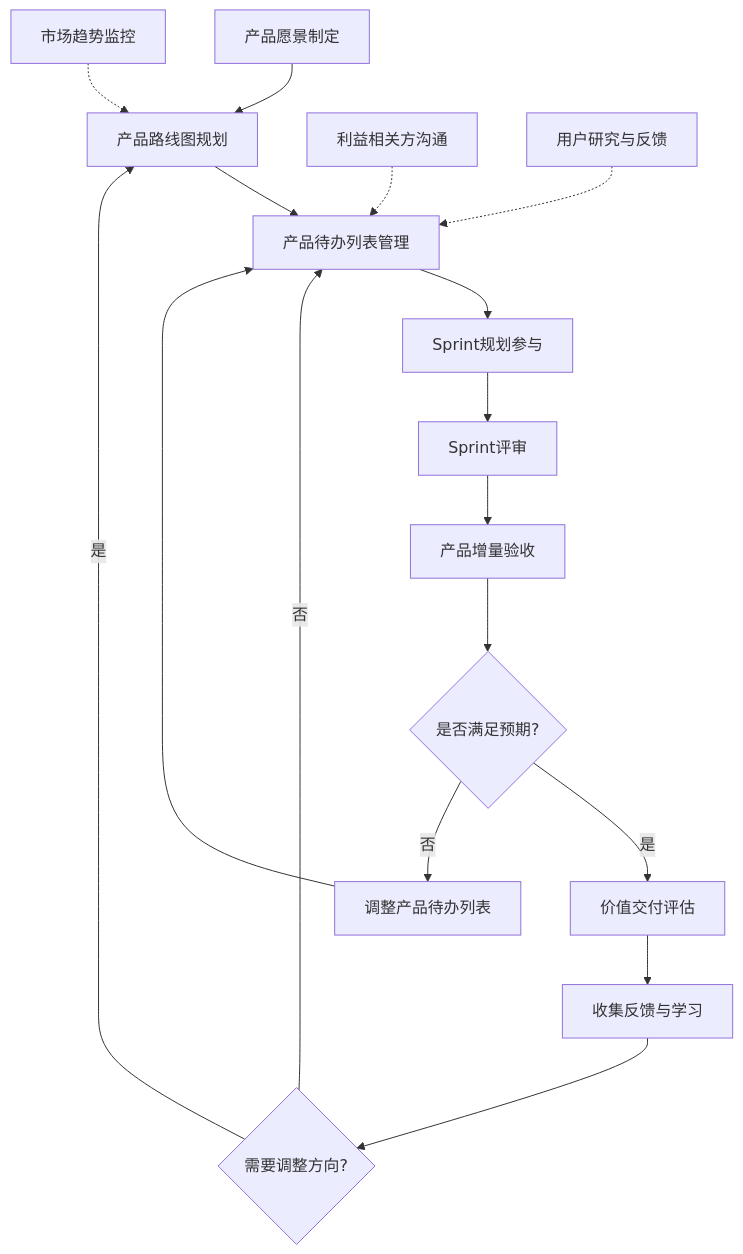
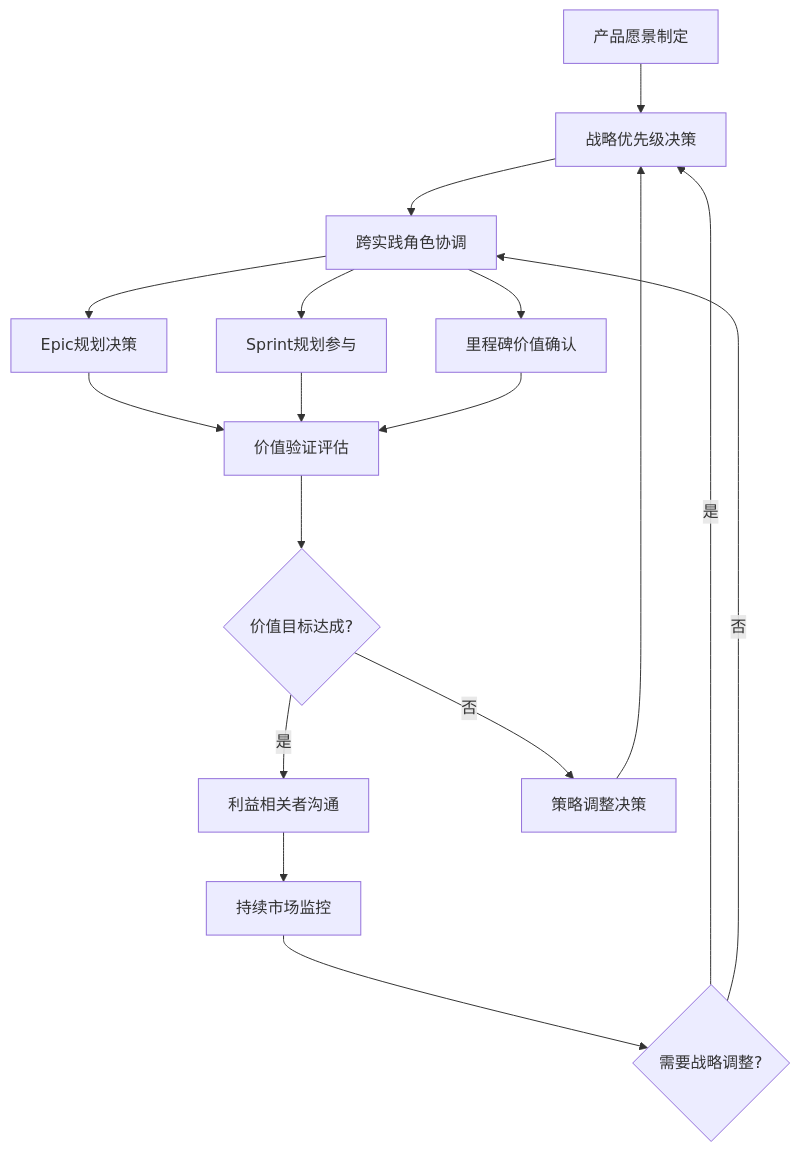
The first of 3 diagrams in domain/scrum/execution/product-owner.execution.md (yuyuan-cs/PromptX), drawn with Mermaid before and after one commit. The commit also changed other lines of this file and 12 other files, not shown here.

Commit message:
更新`.gitignore`文件，新增对`requirements/`目录的忽略规则。更新产品负责人执行文档，调整角色名称，优化工作流程图，增加最佳实践和评估标准，提升文档的清晰度和指导性。更新产品负责人思维模式图谱，增强技术架构和简约性原则的描述。更新产品管理最佳实践，明确AI产品负责人的职责和决策框架，确保文档内容的准确性和实用性。

````diff
--- a/domain/scrum/execution/product-owner.execution.md
+++ b/domain/scrum/execution/product-owner.execution.md
@@ -5,21 +5,23 @@
     ```mermaid
     flowchart TD
-      A[产品愿景制定] --> B[产品路线图规划]
-      B --> C[产品待办列表管理]
-      C --> D[Sprint规划参与]
-      D --> E[Sprint评审]
-      E --> F[产品增量验收]
-      F --> G{是否满足预期?}
-      G -->|是| H[价值交付评估]
-      G -->|否| I[调整产品待办列表]
-      H --> J[收集反馈与学习]
-      I --> C
-      J --> K{需要调整方向?}
-      K -->|是| B
-      K -->|否| C
+      A[产品愿景制定] --> B[战略优先级决策]
+      B --> C[跨实践角色协调]
       
-      %% 持续性工作
-      L[利益相关方沟通] -.-> C
-      M[市场趋势监控] -.-> B
-      N[用户研究与反馈] -.-> C
+      C --> D[Epic规划决策]
+      C --> E[Sprint规划参与]
+      C --> F[里程碑价值确认]
+      
+      D --> G[价值验证评估]
+      E --> G
+      F --> G
+      
+      G --> H{价值目标达成?}
+      H -->|是| I[利益相关者沟通]
+      H -->|否| J[策略调整决策]
+      
+      I --> K[持续市场监控]
+      J --> B
+      K --> L{需要战略调整?}
+      L -->|是| B
+      L -->|否| C
     ```
````
